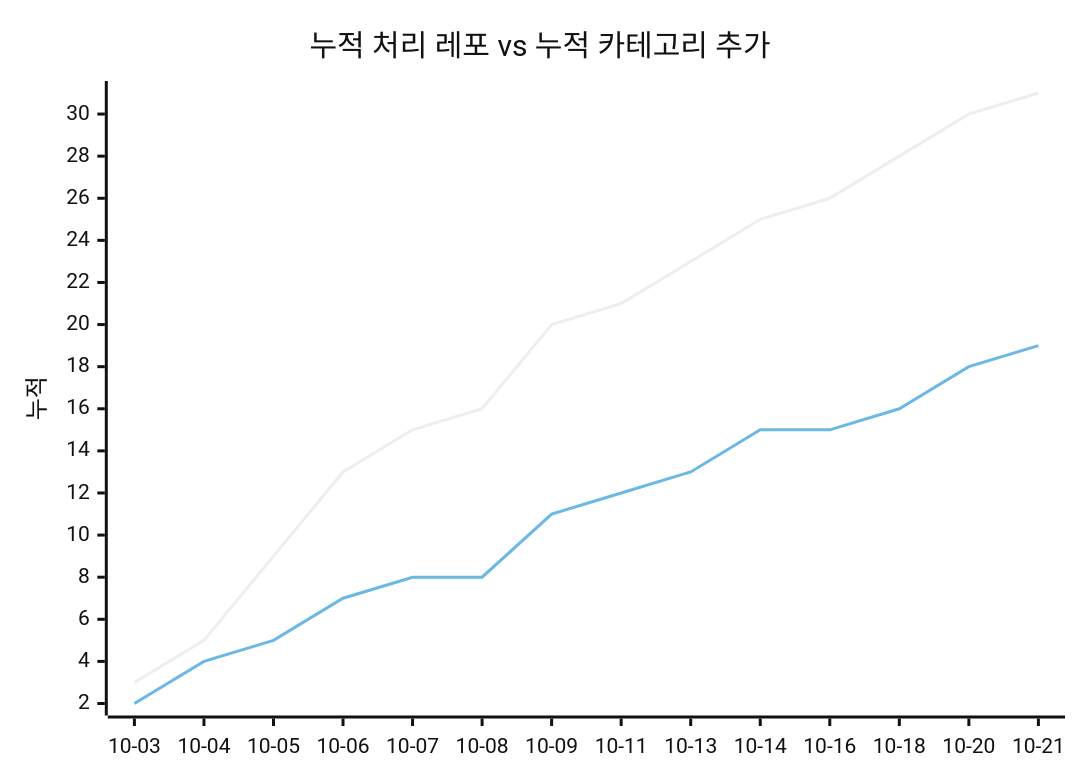
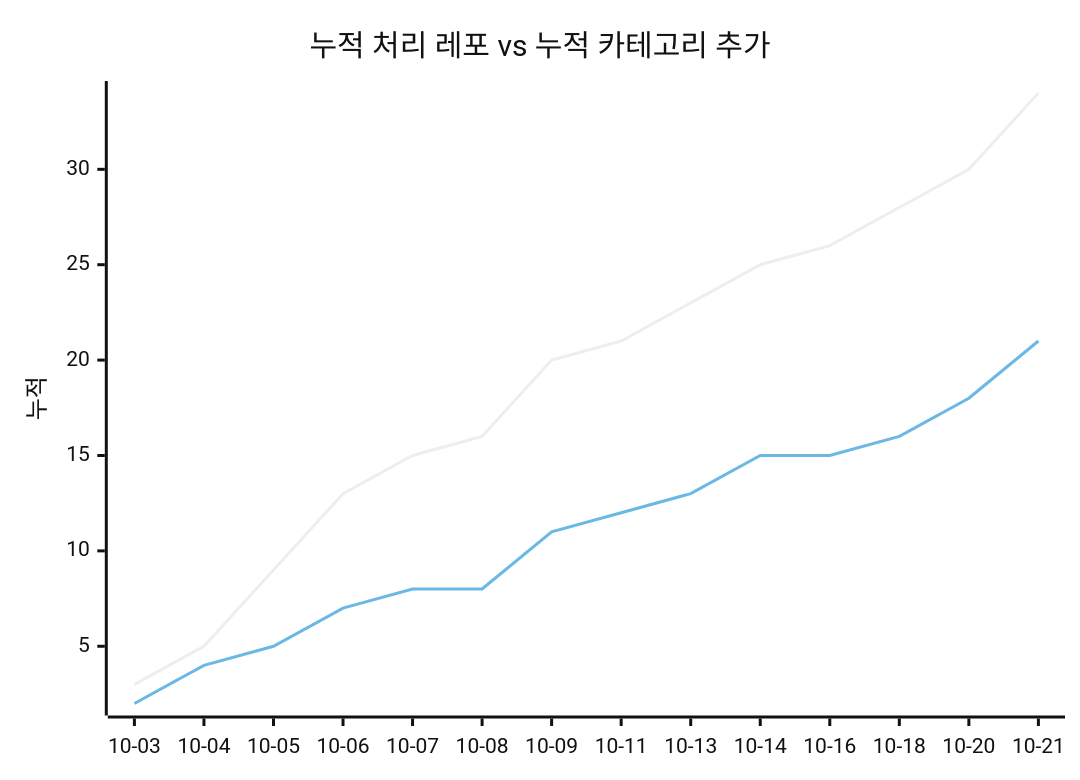
The second of 2 diagrams in docs/trends.md (J-nowcow/awesome-korean-agent-skills), drawn with Mermaid (neutral theme) before and after one commit. The commit also changed other lines of this file and 5 other files, not shown here.

````diff
--- a/docs/trends.md
+++ b/docs/trends.md
@@ -68,8 +68,8 @@
 ```mermaid
 xychart-beta
     title "누적 처리 레포 vs 누적 카테고리 추가"
     x-axis ["10-03","10-04","10-05","10-06","10-07","10-08","10-09","10-11","10-13","10-14","10-16","10-18","10-20","10-21"]
     y-axis "누적"
-    line [3,5,9,13,15,16,20,21,23,25,26,28,30,31]
-    line [2,4,5,7,8,8,11,12,13,15,15,16,18,19]
+    line [3,5,9,13,15,16,20,21,23,25,26,28,30,34]
+    line [2,4,5,7,8,8,11,12,13,15,15,16,18,21]
 ```
````
